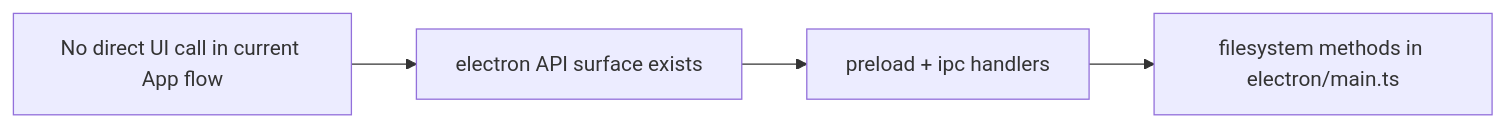
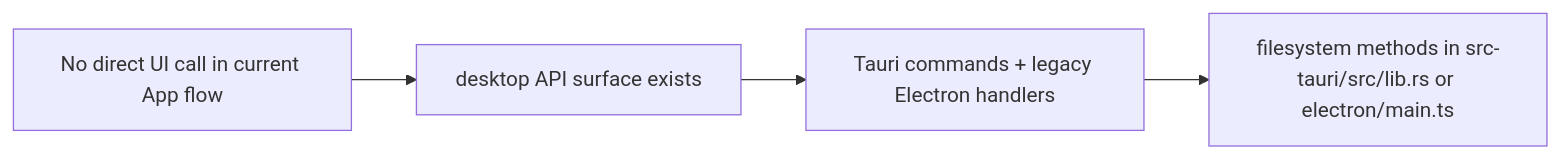
The sixth of 6 diagrams in CALL_CHAIN_PERSISTENCE.md (bharathvbcr/AcademiaTrack), drawn with Mermaid before and after one commit. The commit also changed other lines of this file and 25 other files, not shown here.

````diff
--- a/CALL_CHAIN_PERSISTENCE.md
+++ b/CALL_CHAIN_PERSISTENCE.md
@@ -104,6 +104,6 @@
 ```mermaid
 flowchart LR
-U[No direct UI call in current App flow] --> P["electron API surface exists"]
-P --> M["preload + ipc handlers"]
-M --> FS["filesystem methods in electron/main.ts"]
+U[No direct UI call in current App flow] --> P["desktop API surface exists"]
+P --> M["Tauri commands + legacy Electron handlers"]
+M --> FS["filesystem methods in src-tauri/src/lib.rs or electron/main.ts"]
 ```
````
